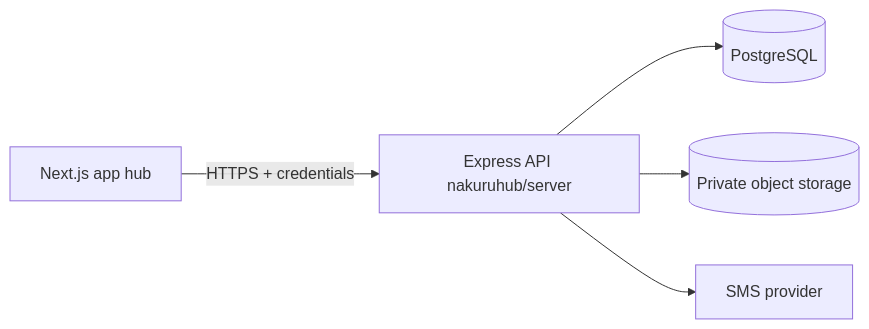
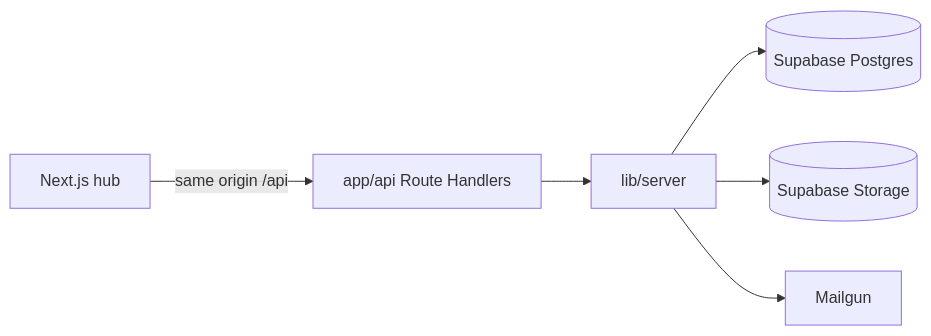
The second of 2 diagrams in docs/superpowers/specs/2026-11-15-vendor-onboarding-launch-design.md (north-tower/glowing-octo-parakeet), drawn with Mermaid before and after one commit. The commit also changed other lines of this file and 14 other files, not shown here.

````diff
--- a/docs/superpowers/specs/2026-11-15-vendor-onboarding-launch-design.md
+++ b/docs/superpowers/specs/2026-11-15-vendor-onboarding-launch-design.md
@@ -166,13 +167,15 @@
 ```mermaid
 flowchart LR
-  Browser[Next.js app hub]
-  API[Express API nakuruhub/server]
-  DB[(PostgreSQL)]
-  Store[(Private object storage)]
-  SMS[SMS provider]
+  Browser[Next.js hub]
+  API[app/api Route Handlers]
+  Lib[lib/server]
+  DB[(Supabase Postgres)]
+  Store[(Supabase Storage)]
+  Mail[Mailgun]
 
-  Browser -->|HTTPS + credentials| API
-  API --> DB
-  API --> Store
-  API --> SMS
+  Browser -->|same origin /api| API
+  API --> Lib
+  Lib --> DB
+  Lib --> Store
+  Lib --> Mail
 ```
````
